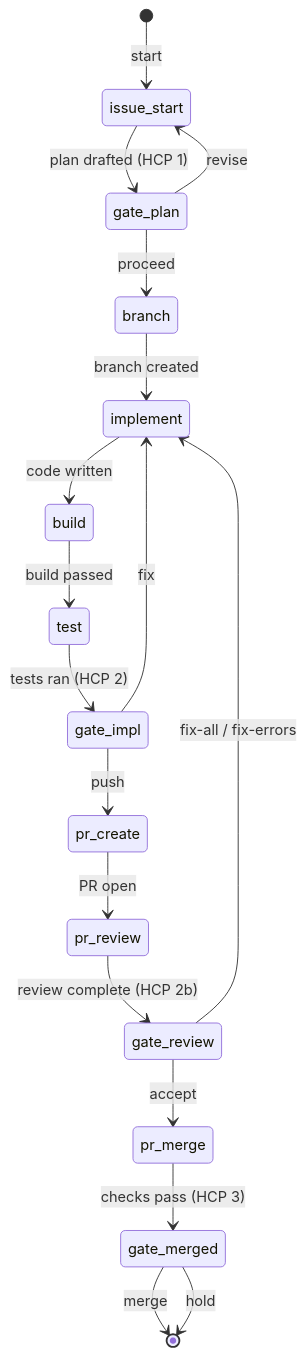
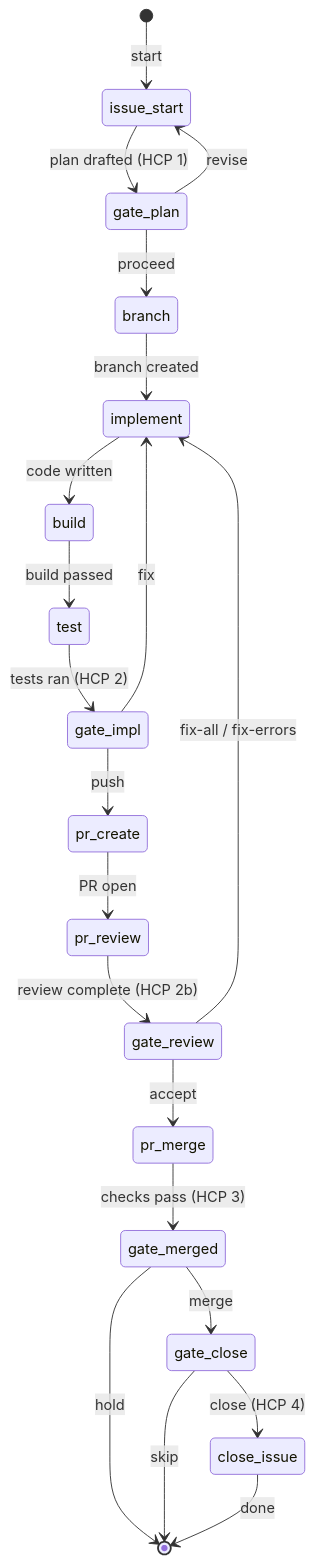
Before and after one commit to ashitaka-emishi/lob-online: the diagram in docs/workflows/issue-implement/issue-implement.states.md, drawn with Mermaid. The commit also changed other lines of this file and 7 other files, not shown here.

First line of the commit message:
fix(issue-implement): add explicit issue-close step with HCP (#36) (#42)

````diff
--- a/docs/workflows/issue-implement/issue-implement.states.md
+++ b/docs/workflows/issue-implement/issue-implement.states.md
@@ -19,24 +20,28 @@
 ```mermaid
 stateDiagram-v2
     [*] --> issue_start : start
 
     issue_start --> gate_plan : plan drafted (HCP 1)
     gate_plan --> branch : proceed
     gate_plan --> issue_start : revise
 
     branch --> implement : branch created
     implement --> build : code written
     build --> test : build passed
     test --> gate_impl : tests ran (HCP 2)
     gate_impl --> pr_create : push
     gate_impl --> implement : fix
 
     pr_create --> pr_review : PR open
     pr_review --> gate_review : review complete (HCP 2b)
     gate_review --> pr_merge : accept
     gate_review --> implement : fix-all / fix-errors
 
     pr_merge --> gate_merged : checks pass (HCP 3)
-    gate_merged --> [*] : merge
+    gate_merged --> gate_close : merge
     gate_merged --> [*] : hold
+
+    gate_close --> close_issue : close (HCP 4)
+    gate_close --> [*] : skip
+    close_issue --> [*] : done
 ```
````
